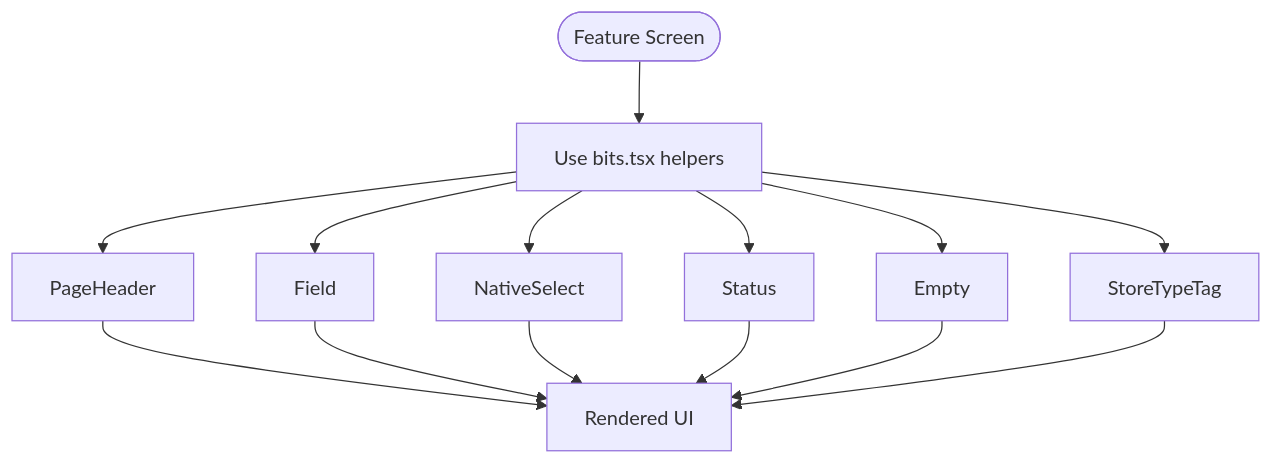
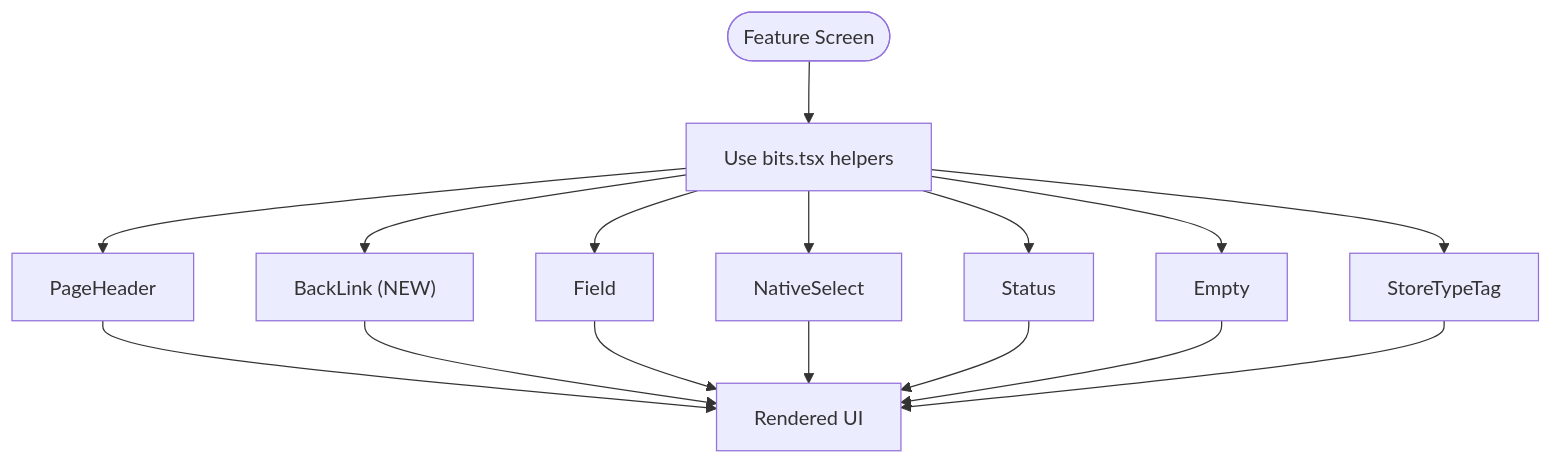
The fourth of 12 diagrams in .qoder/repowiki/en/content/Architecture Overview/Component Architecture & Organization/Component Composition & Patterns.md (themclloyd/storq), drawn with Mermaid before and after one commit. The commit also changed other lines of this file and 45 other files, not shown here.

First line of the commit message:
feat(database): enhance POS schema with security and retail operations

````diff
--- a/.qoder/repowiki/en/content/Architecture Overview/Component Architecture & Organization/Component Composition & Patterns.md
+++ b/.qoder/repowiki/en/content/Architecture Overview/Component Architecture & Organization/Component Composition & Patterns.md
@@ -219,16 +262,18 @@
 ```mermaid
 flowchart TD
 Start(["Feature Screen"]) --> UseBits["Use bits.tsx helpers"]
 UseBits --> PageHeader["PageHeader"]
+UseBits --> BackLink["BackLink (NEW)"]
 UseBits --> Field["Field"]
 UseBits --> NativeSelect["NativeSelect"]
 UseBits --> Status["Status"]
 UseBits --> Empty["Empty"]
 UseBits --> StoreTypeTag["StoreTypeTag"]
 PageHeader --> Rendered["Rendered UI"]
+BackLink --> Rendered
 Field --> Rendered
 NativeSelect --> Rendered
 Status --> Rendered
 Empty --> Rendered
 StoreTypeTag --> Rendered
 ```
````
